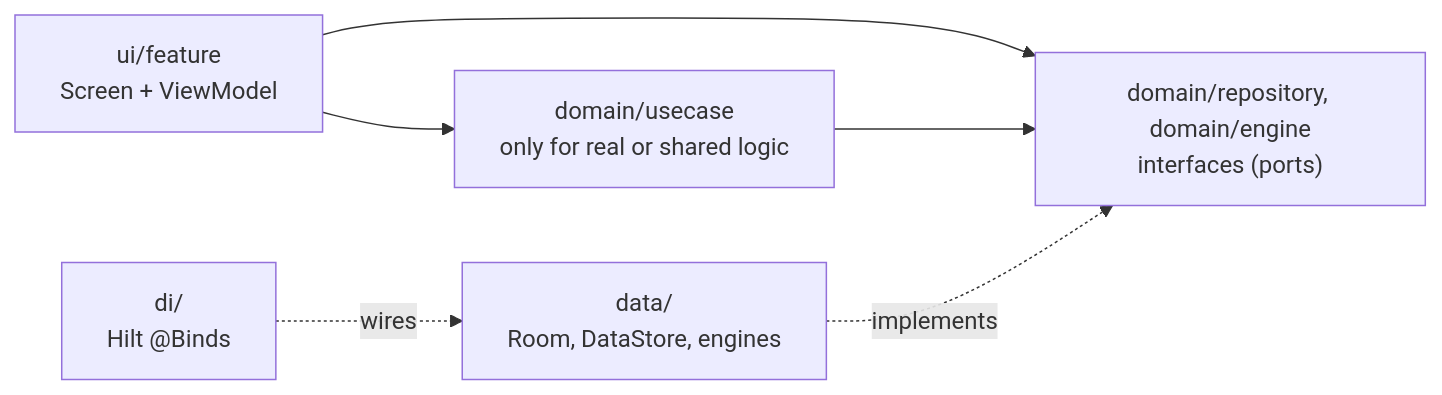
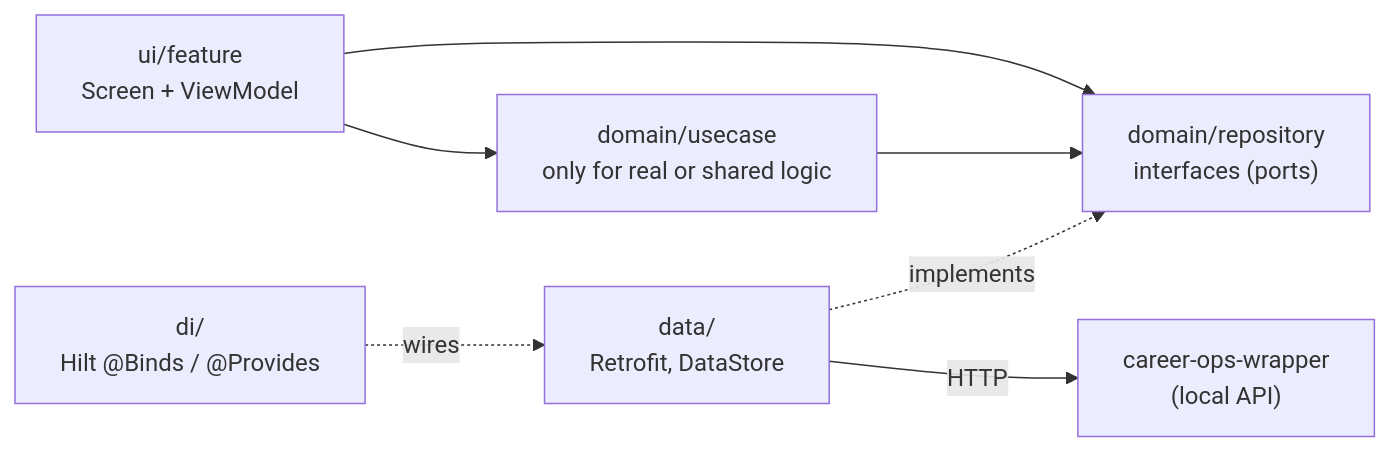
Before and after one commit to dthuy62/jobflow: the first of 4 diagrams in android/docs/system-architecture.md, drawn with Mermaid. The commit also changed other lines of this file and 31 other files, not shown here.

````diff
--- a/android/docs/system-architecture.md
+++ b/android/docs/system-architecture.md
@@ -5,8 +5,9 @@
 ```mermaid
 flowchart LR
     UI["ui/feature<br/>Screen + ViewModel"] --> UC["domain/usecase<br/>only for real or shared logic"]
     UI --> PORTS
-    UC --> PORTS["domain/repository, domain/engine<br/>interfaces (ports)"]
-    DATA["data/<br/>Room, DataStore, engines"] -. implements .-> PORTS
-    DI["di/<br/>Hilt @Binds"] -. wires .-> DATA
+    UC --> PORTS["domain/repository<br/>interfaces (ports)"]
+    DATA["data/<br/>Retrofit, DataStore"] -. implements .-> PORTS
+    DI["di/<br/>Hilt @Binds / @Provides"] -. wires .-> DATA
+    DATA -- HTTP --> WRAPPER["career-ops-wrapper<br/>(local API)"]
 ```
````
